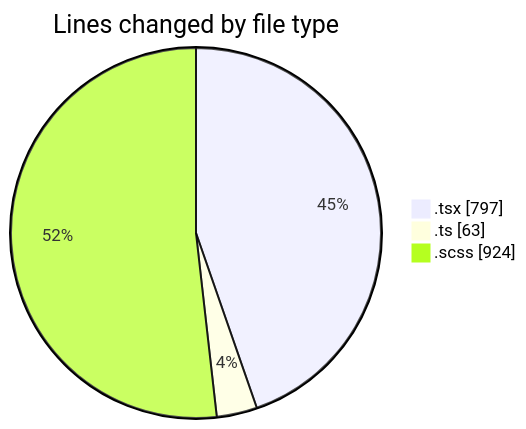
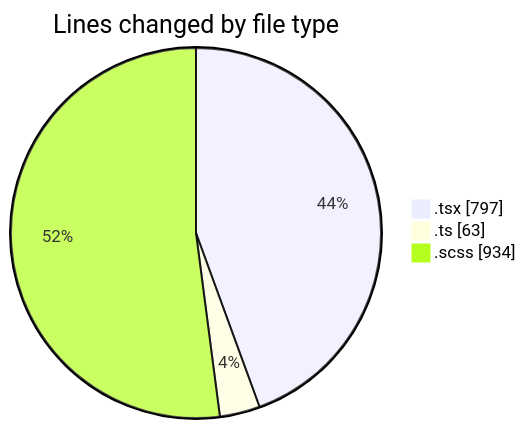
One commit to momahboobian/code-tracking changed the first of 2 diagrams in 2025-04-02/cda/README.md. Above: the diagram before and after it, drawn with Mermaid. The commit also changed other lines of this file and 1 other file, not shown here.

````diff
--- a/2025-04-02/cda/README.md
+++ b/2025-04-02/cda/README.md
@@ -26,7 +26,7 @@
 ```mermaid
 pie showData
 title Lines changed by file type
 ".tsx" : 797
 ".ts" : 63
-".scss" : 924
+".scss" : 934
 ```
````
